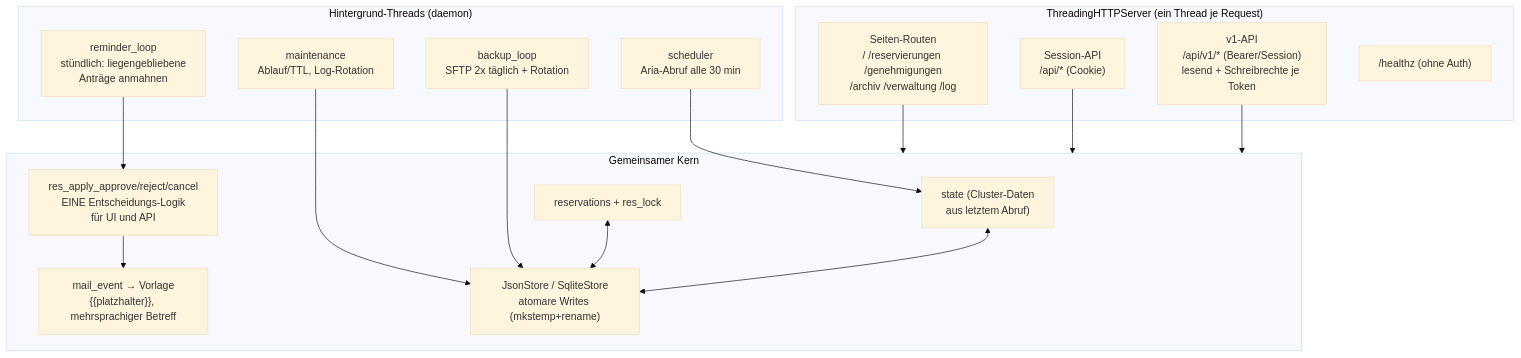
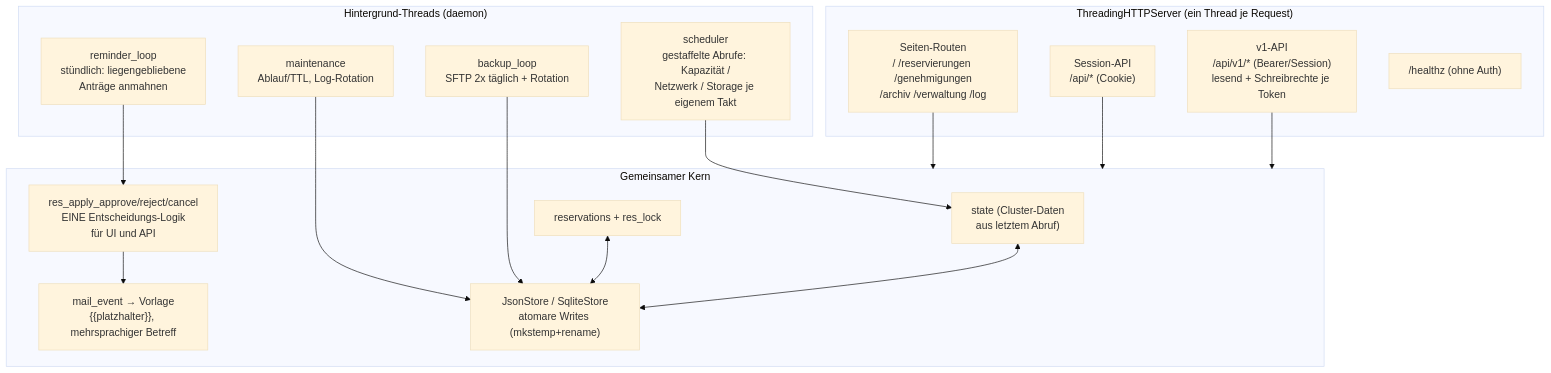
The second of 6 diagrams in docs/ARCHITEKTUR.md (marcobockelbrink/vmware), drawn with Mermaid (base theme) before and after one commit. The commit also changed other lines of this file and 8 other files, not shown here.

````diff
--- a/docs/ARCHITEKTUR.md
+++ b/docs/ARCHITEKTUR.md
@@ -59,32 +59,32 @@
 ```mermaid
 flowchart TB
     subgraph HTTP["ThreadingHTTPServer (ein Thread je Request)"]
         R1["Seiten-Routen<br/>/ /reservierungen /genehmigungen<br/>/archiv /verwaltung /log"]
         R2["Session-API<br/>/api/* (Cookie)"]
         R3["v1-API<br/>/api/v1/* (Bearer/Session)<br/>lesend + Schreibrechte je Token"]
         R4["/healthz (ohne Auth)"]
     end
 
     subgraph BG["Hintergrund-Threads (daemon)"]
-        T1["scheduler<br/>Aria-Abruf alle 30 min"]
+        T1["scheduler<br/>gestaffelte Abrufe: Kapazität /<br/>Netzwerk / Storage je eigenem Takt"]
         T2["maintenance<br/>Ablauf/TTL, Log-Rotation"]
         T3["backup_loop<br/>SFTP 2x täglich + Rotation"]
         T4["reminder_loop<br/>stündlich: liegengebliebene<br/>Anträge anmahnen"]
     end
 
     subgraph CORE["Gemeinsamer Kern"]
         ST["state (Cluster-Daten<br/>aus letztem Abruf)"]
         RES["reservations + res_lock"]
         DEC["res_apply_approve/reject/cancel<br/>EINE Entscheidungs-Logik<br/>für UI und API"]
         MAIL["mail_event → Vorlage<br/>{{platzhalter}}, mehrsprachiger Betreff"]
         STORE["JsonStore / SqliteStore<br/>atomare Writes (mkstemp+rename)"]
     end
 
     R1 & R2 & R3 --> CORE
     T1 --> ST
     T2 & T3 --> STORE
     T4 --> DEC
     DEC --> MAIL
     RES <--> STORE
     ST <--> STORE
 ```
````
